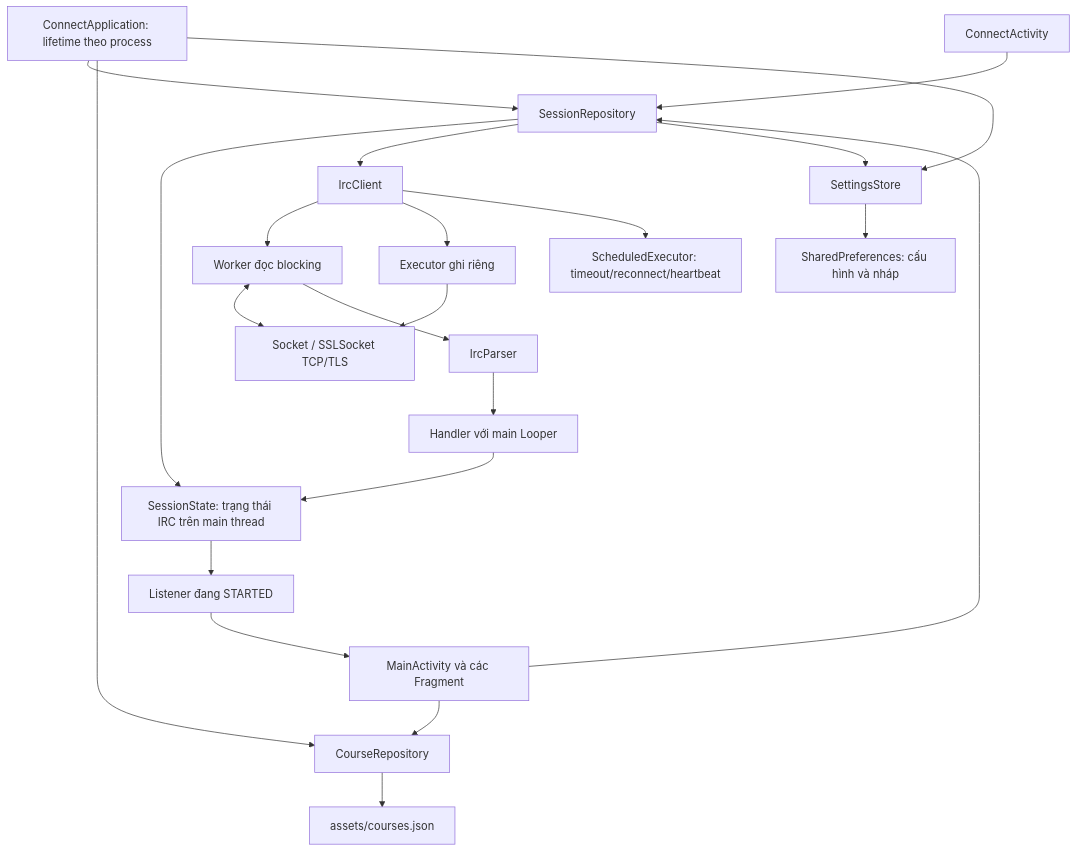
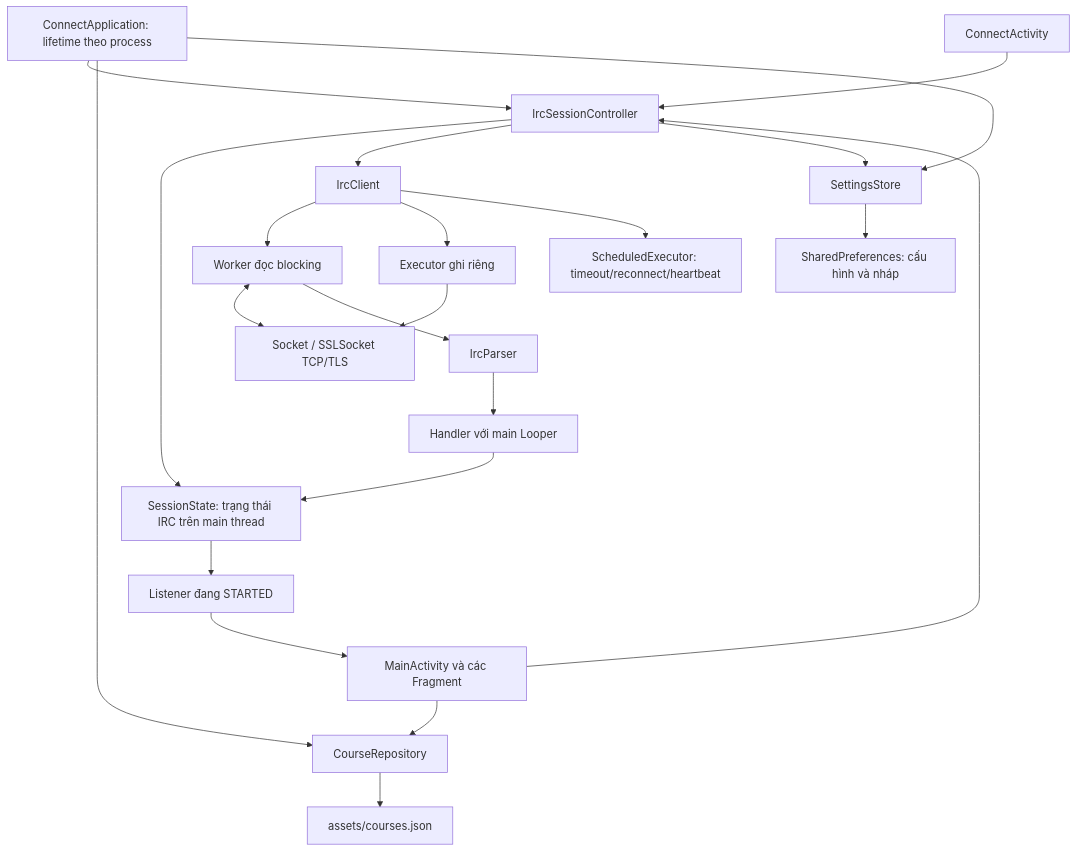
Before and after one commit to phamduyductam-design/USTH_CONNECT: the first of 2 diagrams in docs/ARCHITECTURE.md, drawn with Mermaid. The commit also changed other lines of this file and 48 other files, not shown here.

````diff
--- a/docs/ARCHITECTURE.md
+++ b/docs/ARCHITECTURE.md
@@ -5,24 +5,24 @@
 ```mermaid
 flowchart TD
-    Application[ConnectApplication: lifetime theo process] --> Session[SessionRepository]
+    Application[ConnectApplication: lifetime theo process] --> Session[IrcSessionController]
     Application --> Courses[CourseRepository]
     Application --> Settings[SettingsStore]
     Connect[ConnectActivity] --> Session
     Main[MainActivity và các Fragment] --> Session
     Main --> Courses
     Session --> State[SessionState: trạng thái IRC trên main thread]
     Session --> Client[IrcClient]
     Session --> Settings
     Courses --> JSON[assets/courses.json]
     Settings --> Preferences[SharedPreferences: cấu hình và nháp]
     Client --> Reader[Worker đọc blocking]
     Client --> Writer[Executor ghi riêng]
     Client --> Timer[ScheduledExecutor: timeout/reconnect/heartbeat]
     Reader <--> Socket[Socket / SSLSocket TCP/TLS]
     Writer --> Socket
     Reader --> Parser[IrcParser]
     Parser --> Handler[Handler với main Looper]
     Handler --> State
     State --> Listener[Listener đang STARTED]
     Listener --> Main
 ```
````
